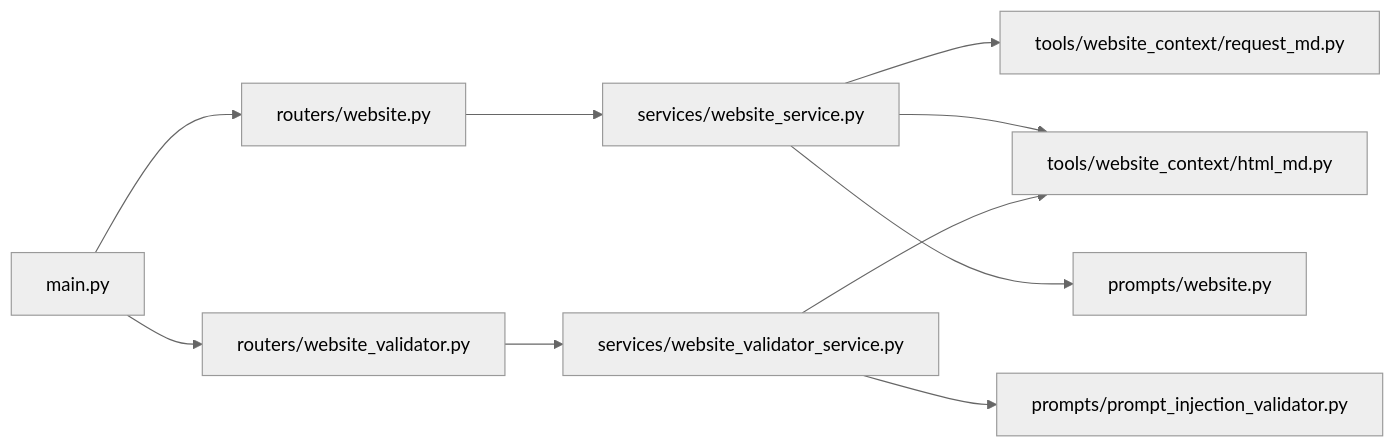
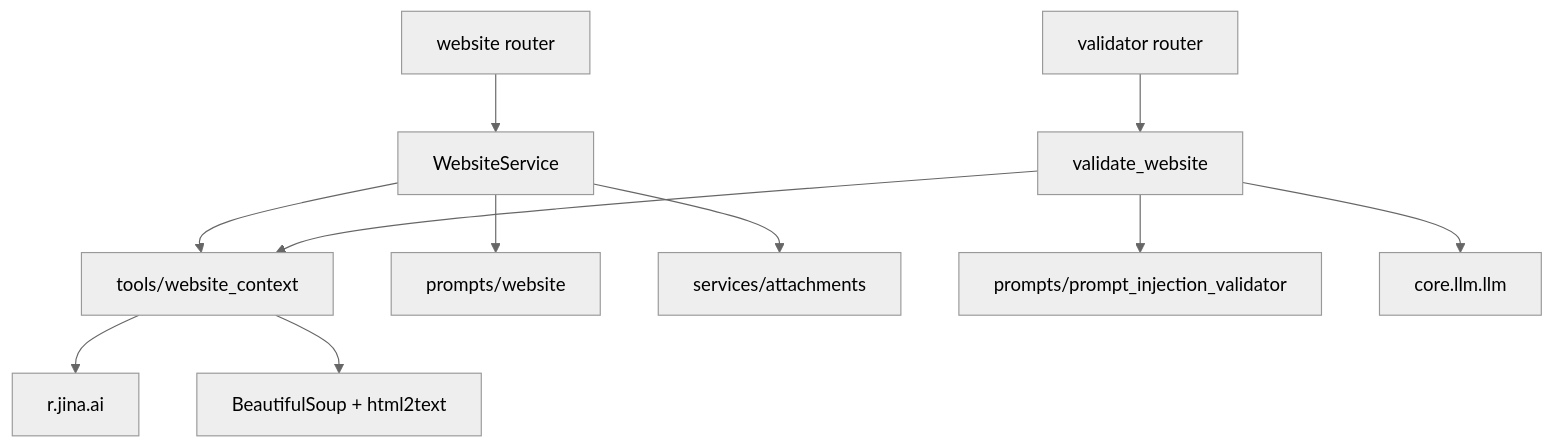
Before and after one commit to tashifkhan/tashif.codes: the sixth of 6 diagrams in src/data/docs/agentic-browser/API Server/Website Processing API.md, drawn with Mermaid (neutral theme). The commit also changed other lines of this file and 114 other files, not shown here.

````diff
--- a/src/data/docs/agentic-browser/API Server/Website Processing API.md
+++ b/src/data/docs/agentic-browser/API Server/Website Processing API.md
@@ -184,12 +165,13 @@
 ```mermaid
-graph LR
-API["main.py"] --> RT1["routers/website.py"]
-API --> RT2["routers/website_validator.py"]
-RT1 --> SVC1["services/website_service.py"]
-RT2 --> SVC2["services/website_validator_service.py"]
-SVC1 --> JINA["tools/website_context/request_md.py"]
-SVC1 --> HM["tools/website_context/html_md.py"]
-SVC1 --> PROMPT["prompts/website.py"]
-SVC2 --> HM
-SVC2 --> VPROMPT["prompts/prompt_injection_validator.py"]
+graph TB
+  WEB["website router"] --> WS["WebsiteService"]
+  WS --> WC["tools/website_context"]
+  WS --> PW["prompts/website"]
+  WS --> ATT["services/attachments"]
+  VAL["validator router"] --> VS["validate_website"]
+  VS --> WC
+  VS --> VI["prompts/prompt_injection_validator"]
+  VS --> LLM["core.llm.llm"]
+  WC --> JINA["r.jina.ai"]
+  WC --> BS["BeautifulSoup + html2text"]
 ```
````
